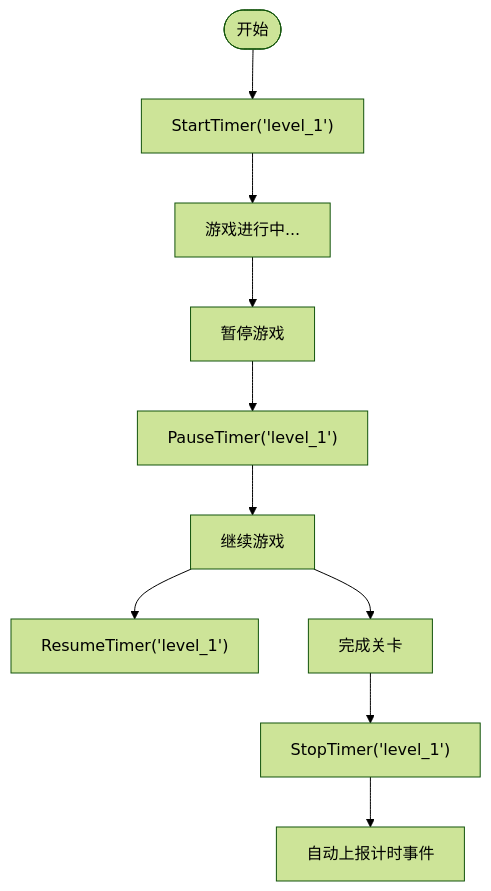
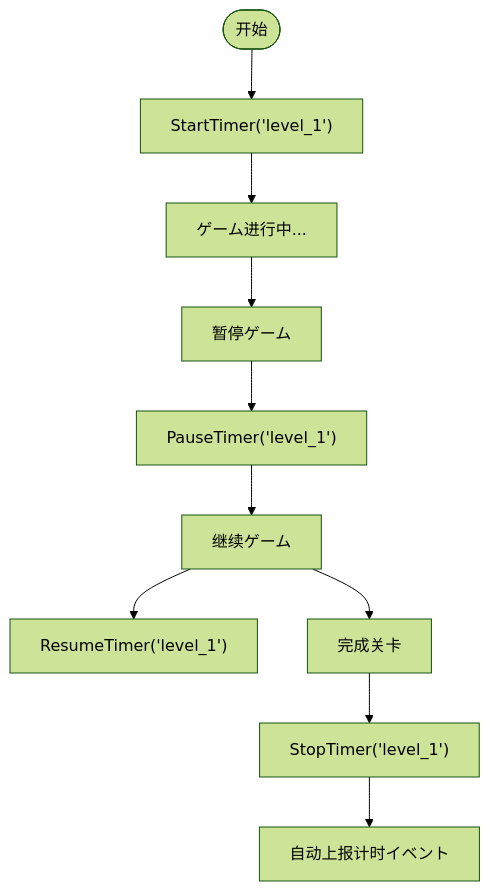
One commit to AlianBlank/GameFrameX.Docs changed the third of 3 diagrams in docs/ja/client/unity/component/gameanalytics/01.overview.md. Above: the diagram before and after it, drawn with Mermaid (forest theme). The commit also changed other lines of this file and 603 other files, not shown here.

````diff
--- a/docs/ja/client/unity/component/gameanalytics/01.overview.md
+++ b/docs/ja/client/unity/component/gameanalytics/01.overview.md
@@ -151,12 +151,12 @@
 ```mermaid
 flowchart TD
     Start([开始]) --> StartTimer["StartTimer('level_1')"]
-    StartTimer --> Playing["游戏进行中..."]
-    Playing --> Pause["暂停游戏"]
+    StartTimer --> Playing["ゲーム进行中..."]
+    Playing --> Pause["暂停ゲーム"]
     Pause --> PauseTimer["PauseTimer('level_1')"]
-    PauseTimer --> Resume["继续游戏"]
+    PauseTimer --> Resume["继续ゲーム"]
     Resume --> ResumeTimer["ResumeTimer('level_1')"]
     Resume --> Finish["完成关卡"]
     Finish --> StopTimer["StopTimer('level_1')"]
-    StopTimer --> Report[自动上报计时事件]
+    StopTimer --> Report[自动上报计时イベント]
 ```
````
